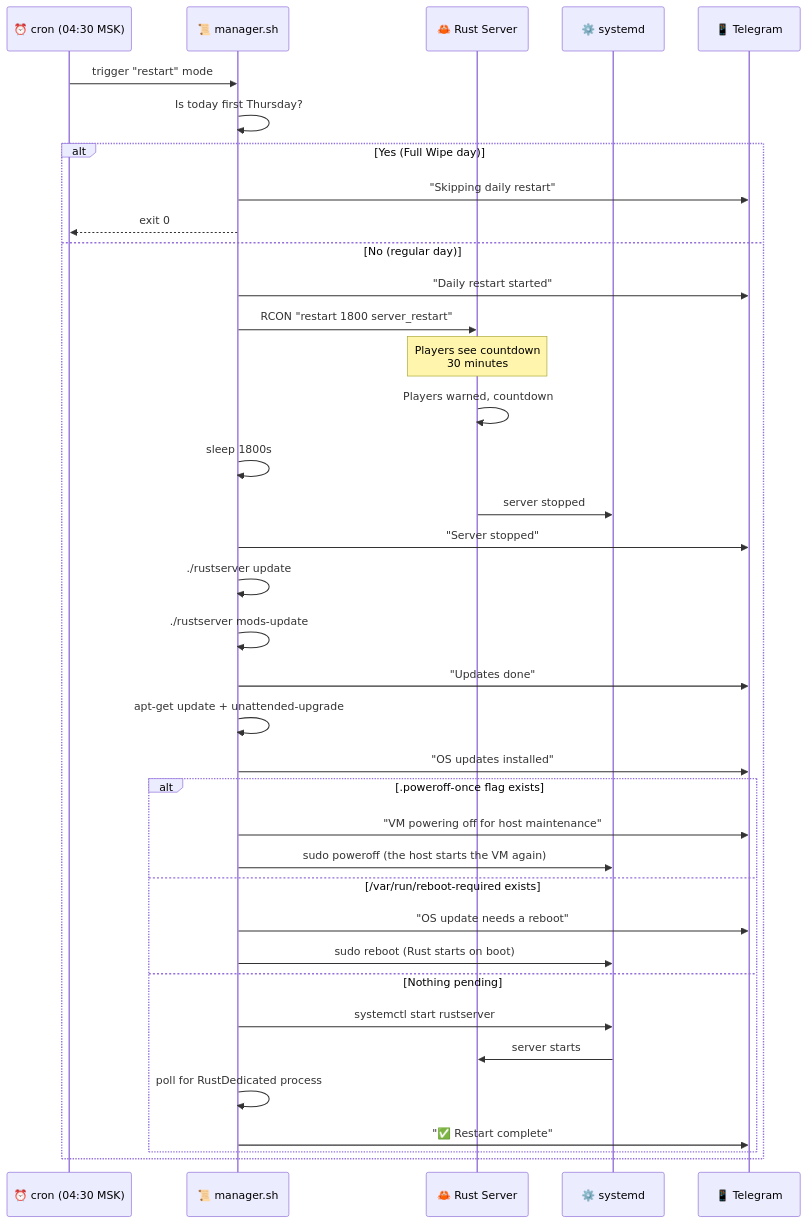
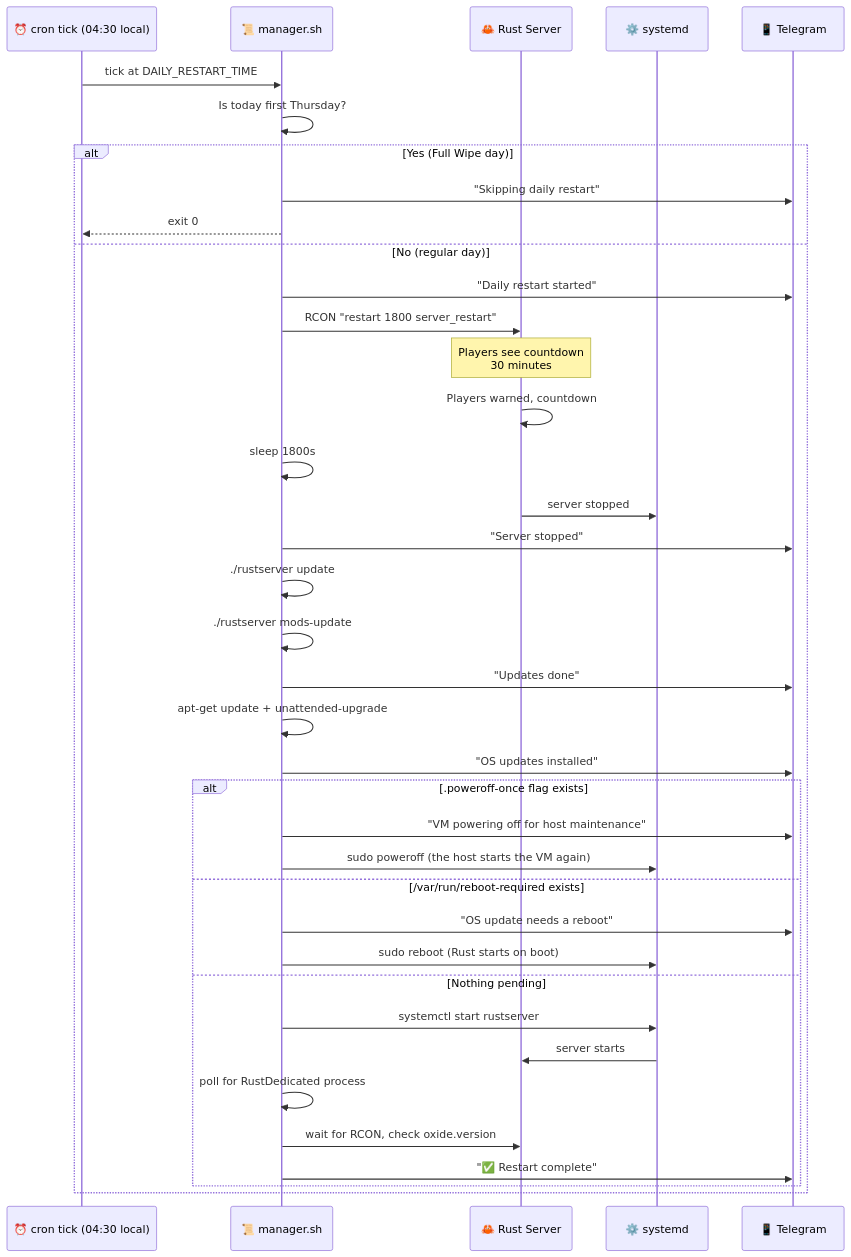
The third of 7 diagrams in README.md (wobujidao/rust-wipe-manager), drawn with Mermaid before and after one commit. The commit also changed other lines of this file and 2 other files, not shown here.

Commit message:
docs: config-driven scheduler, map wipes, watchdog, Oxide check, languages

````diff
--- a/README.md
+++ b/README.md
@@ -110,40 +162,41 @@
 ```mermaid
 sequenceDiagram
-    participant C as ⏰ cron (04:30 MSK)
+    participant C as ⏰ cron tick (04:30 local)
     participant M as 📜 manager.sh
     participant R as 🦀 Rust Server
     participant S as ⚙️ systemd
     participant T as 📱 Telegram
 
-    C->>M: trigger "restart" mode
+    C->>M: tick at DAILY_RESTART_TIME
     M->>M: Is today first Thursday?
     alt Yes (Full Wipe day)
         M->>T: "Skipping daily restart"
         M-->>C: exit 0
     else No (regular day)
         M->>T: "Daily restart started"
         M->>R: RCON "restart 1800 server_restart"
         Note over R: Players see countdown<br/>30 minutes
         R->>R: Players warned, countdown
         M->>M: sleep 1800s
         R->>S: server stopped
         M->>T: "Server stopped"
         M->>M: ./rustserver update
         M->>M: ./rustserver mods-update
         M->>T: "Updates done"
         M->>M: apt-get update + unattended-upgrade
         M->>T: "OS updates installed"
         alt .poweroff-once flag exists
             M->>T: "VM powering off for host maintenance"
             M->>S: sudo poweroff (the host starts the VM again)
         else /var/run/reboot-required exists
             M->>T: "OS update needs a reboot"
             M->>S: sudo reboot (Rust starts on boot)
         else Nothing pending
             M->>S: systemctl start rustserver
             S->>R: server starts
             M->>M: poll for RustDedicated process
+            M->>R: wait for RCON, check oxide.version
             M->>T: "✅ Restart complete"
         end
     end
 ```
````
